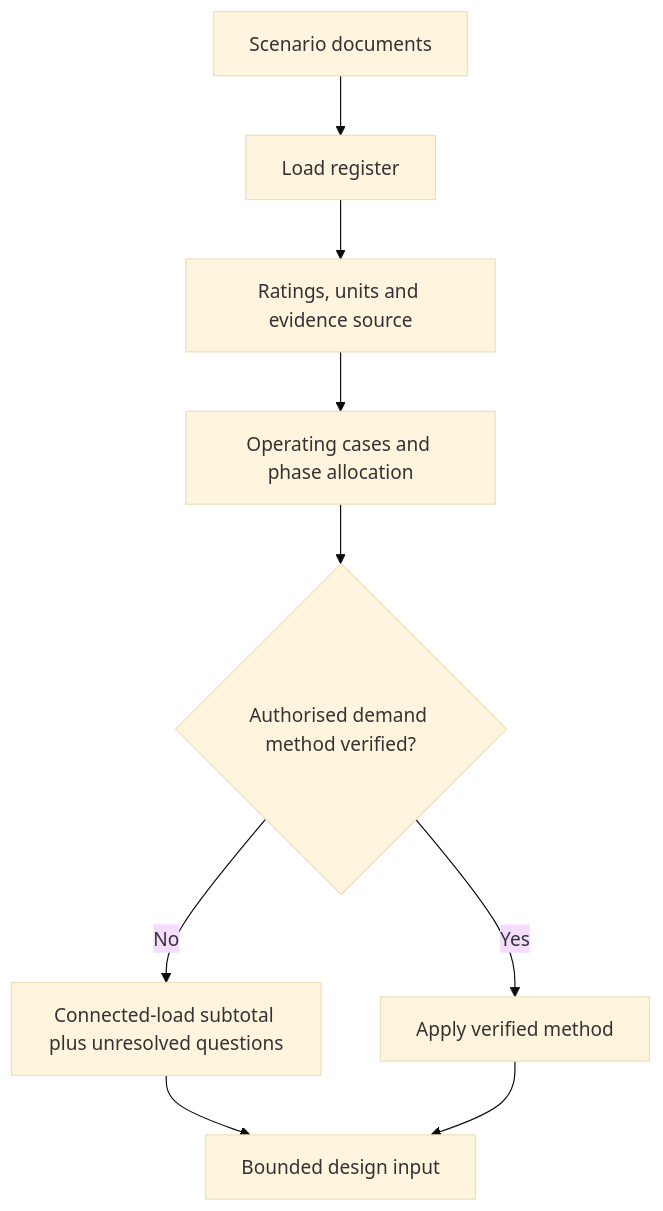
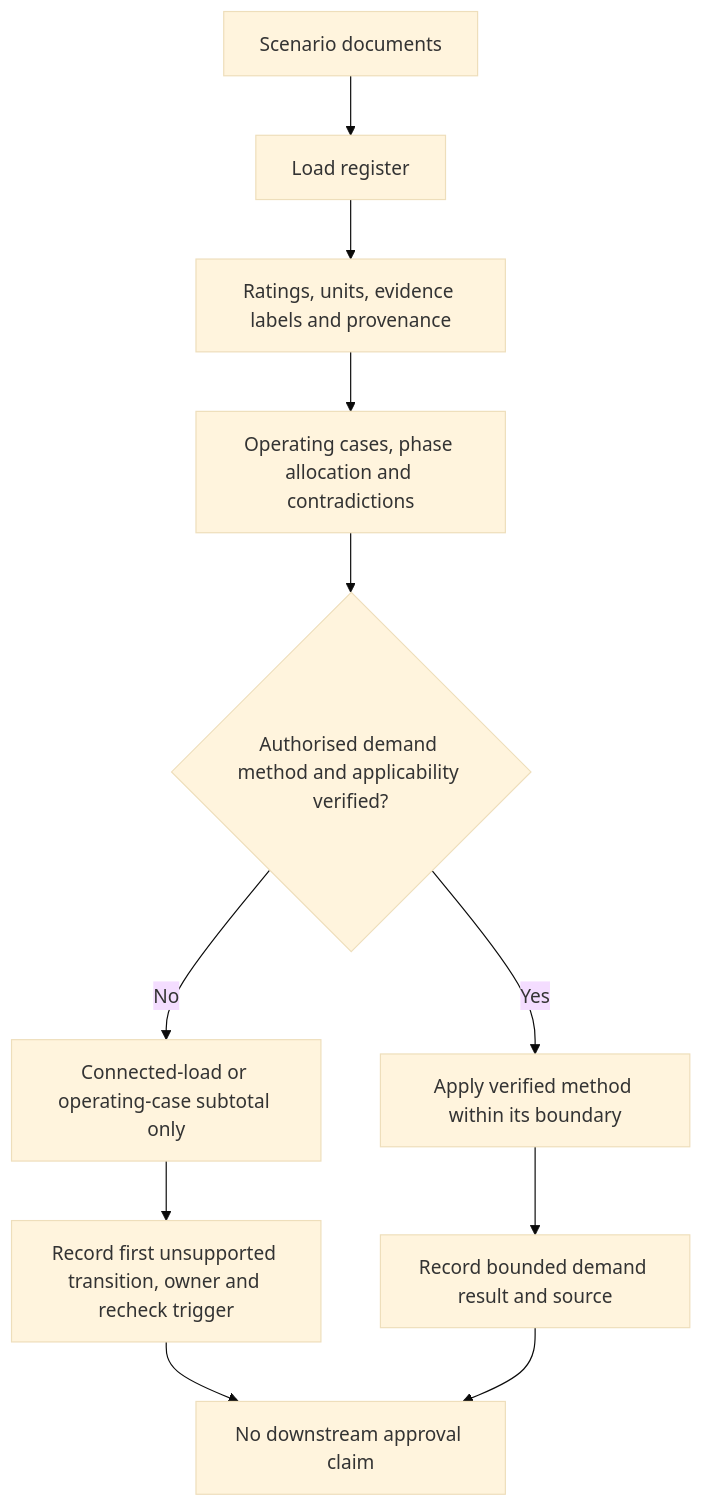
The first of 2 diagrams in docs/learning-plans/12-week/modules/day-22-load-schedules-and-maximum-demand-concepts.md (andrew3stedall/capstone), drawn with Mermaid (base theme) before and after one commit. The commit also changed other lines of this file, not shown here.

Commit message:
Improve Day 22 load-demand reasoning

````diff
--- a/docs/learning-plans/12-week/modules/day-22-load-schedules-and-maximum-demand-concepts.md
+++ b/docs/learning-plans/12-week/modules/day-22-load-schedules-and-maximum-demand-concepts.md
@@ -77,11 +90,13 @@
 ```mermaid
 flowchart TD
     A["Scenario documents"] --> B["Load register"]
-    B --> C["Ratings, units and evidence source"]
-    C --> D["Operating cases and phase allocation"]
-    D --> E{"Authorised demand method verified?"}
-    E -->|"No"| F["Connected-load subtotal plus unresolved questions"]
-    E -->|"Yes"| G["Apply verified method"]
-    F --> H["Bounded design input"]
-    G --> H
+    B --> C["Ratings, units, evidence labels and provenance"]
+    C --> D["Operating cases, phase allocation and contradictions"]
+    D --> E{"Authorised demand method and applicability verified?"}
+    E -->|"No"| F["Connected-load or operating-case subtotal only"]
+    E -->|"Yes"| G["Apply verified method within its boundary"]
+    F --> H["Record first unsupported transition, owner and recheck trigger"]
+    G --> I["Record bounded demand result and source"]
+    H --> J["No downstream approval claim"]
+    I --> J
 ```
````
